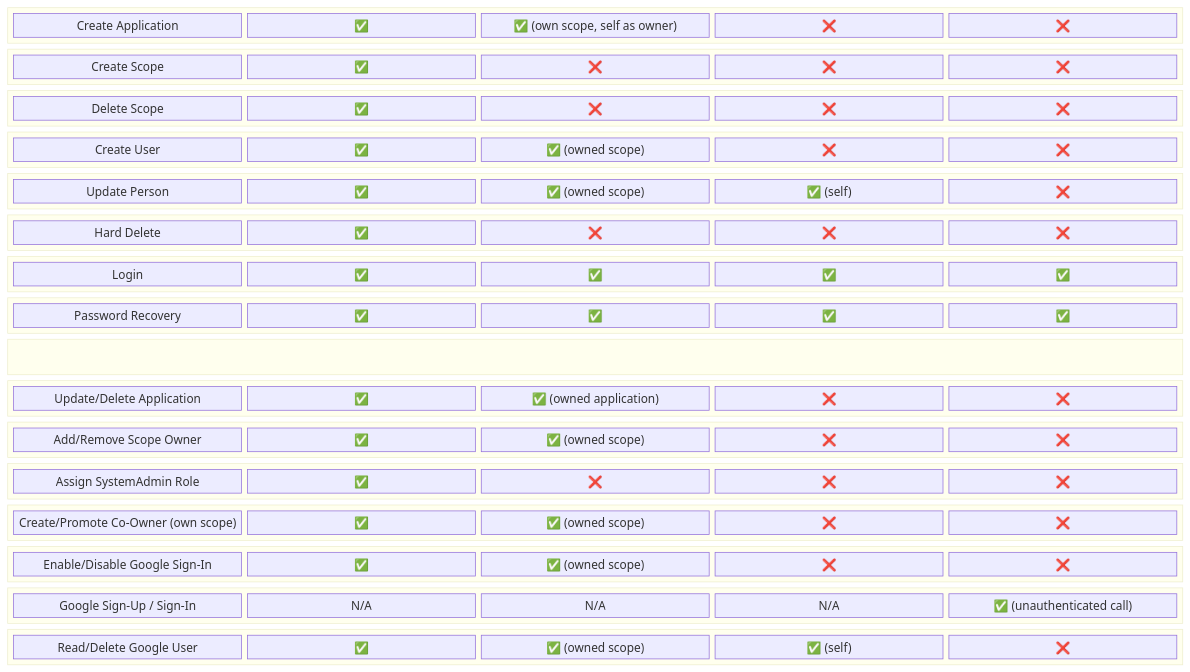
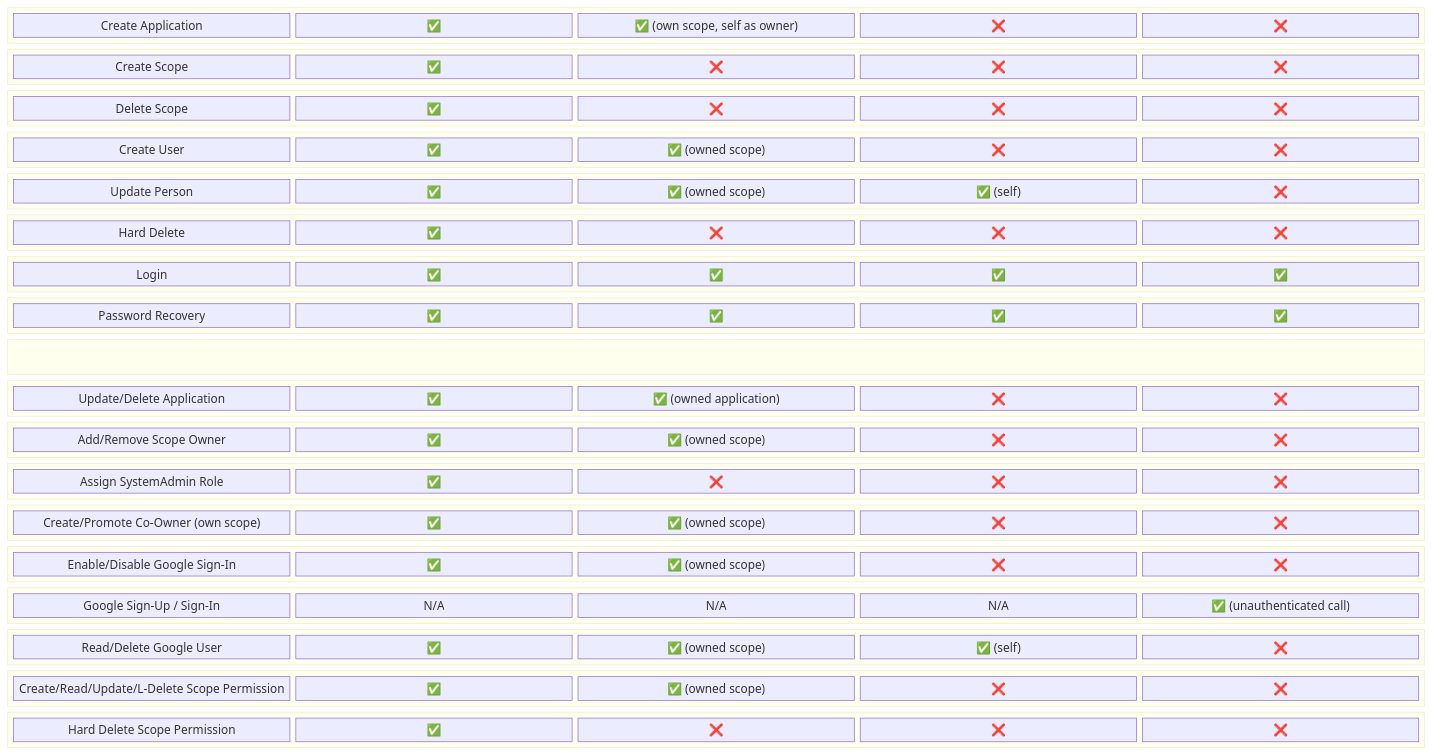
Before and after one commit to artur-rios/heimdall-api: the third of 4 diagrams in docs/requirements/System Requirements Document.md, drawn with Mermaid. The commit also changed other lines of this file and 2 other files, not shown here.

First line of the commit message:
docs: document scope permission use cases (UC-31..UC-35)

````diff
--- a/docs/requirements/System Requirements Document.md
+++ b/docs/requirements/System Requirements Document.md
@@ -482,52 +540,58 @@
 ```mermaid
 block-beta
     columns 5
     block:header:5
         H1["Action"] H2["SystemAdmin"] H3["ScopeAdmin"] H4["User"] H5["Anonymous"]
     end
     block:row1:5
         A1["Create Scope"] A2["✅"] A3["❌"] A4["❌"] A5["❌"]
     end
     block:row2:5
         B1["Delete Scope"] B2["✅"] B3["❌"] B4["❌"] B5["❌"]
     end
     block:row3:5
         C1["Create User"] C2["✅"] C3["✅ (owned scope)"] C4["❌"] C5["❌"]
     end
     block:row4:5
         D1["Update Person"] D2["✅"] D3["✅ (owned scope)"] D4["✅ (self)"] D5["❌"]
     end
     block:row5:5
         E1["Hard Delete"] E2["✅"] E3["❌"] E4["❌"] E5["❌"]
     end
     block:row6:5
         F1["Login"] F2["✅"] F3["✅"] F4["✅"] F5["✅"]
     end
     block:row7:5
         G1["Password Recovery"] G2["✅"] G3["✅"] G4["✅"] G5["✅"]
     end
     block:row8:5
         H1["Create Application"] H2["✅"] H3["✅ (own scope, self as owner)"] H4["❌"] H5["❌"]
     end
     block:row9:5
         I1["Update/Delete Application"] I2["✅"] I3["✅ (owned application)"] I4["❌"] I5["❌"]
     end
     block:row10:5
         J1["Add/Remove Scope Owner"] J2["✅"] J3["✅ (owned scope)"] J4["❌"] J5["❌"]
     end
     block:row11:5
         K1["Assign SystemAdmin Role"] K2["✅"] K3["❌"] K4["❌"] K5["❌"]
     end
     block:row12:5
         L1["Create/Promote Co-Owner (own scope)"] L2["✅"] L3["✅ (owned scope)"] L4["❌"] L5["❌"]
     end
     block:row13:5
         M1["Enable/Disable Google Sign-In"] M2["✅"] M3["✅ (owned scope)"] M4["❌"] M5["❌"]
     end
     block:row14:5
         N1["Google Sign-Up / Sign-In"] N2["N/A"] N3["N/A"] N4["N/A"] N5["✅ (unauthenticated call)"]
     end
     block:row15:5
         O1["Read/Delete Google User"] O2["✅"] O3["✅ (owned scope)"] O4["✅ (self)"] O5["❌"]
     end
+    block:row16:5
+        P1["Create/Read/Update/L-Delete Scope Permission"] P2["✅"] P3["✅ (owned scope)"] P4["❌"] P5["❌"]
+    end
+    block:row17:5
+        Q1["Hard Delete Scope Permission"] Q2["✅"] Q3["❌"] Q4["❌"] Q5["❌"]
+    end
 ```
````
